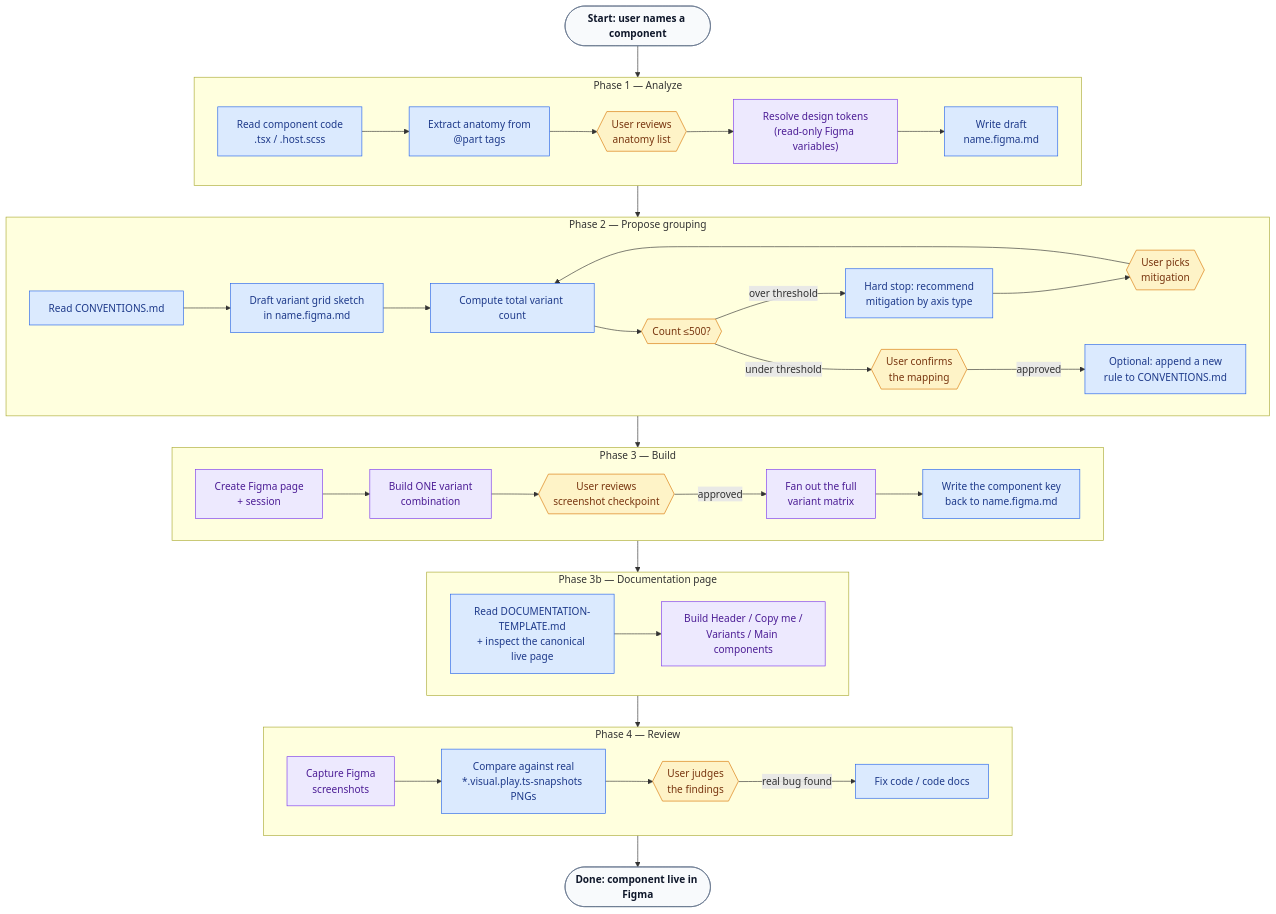
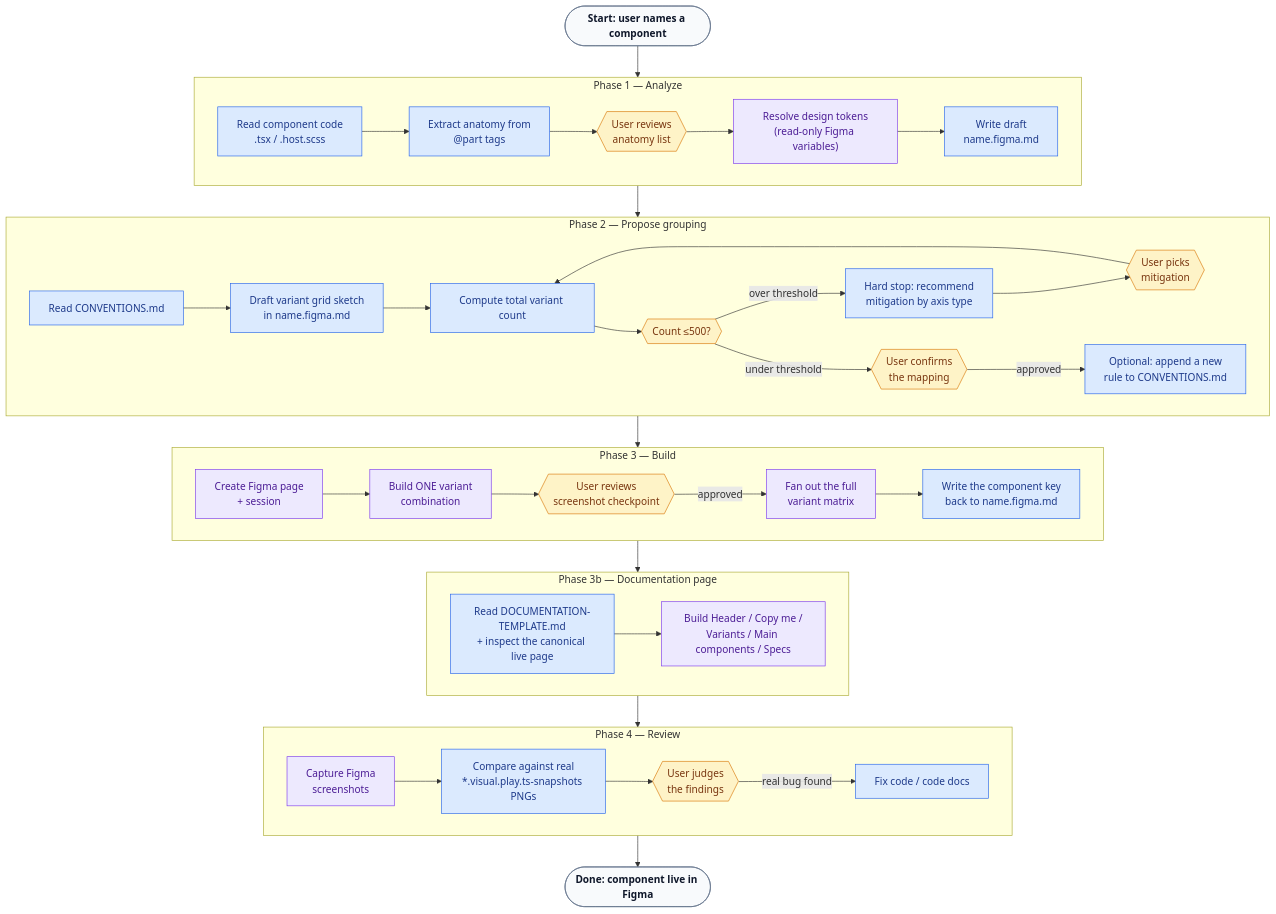
Before and after one commit to helvetia-design/system: the diagram in .claude/skills/ds-figma-component/SKILL.md, drawn with Mermaid. The commit also changed other lines of this file and 6 other files, not shown here.

Commit message:
add close and tag figma mappings, specs section and learned rules

````diff
--- a/.claude/skills/ds-figma-component/SKILL.md
+++ b/.claude/skills/ds-figma-component/SKILL.md
@@ -25,59 +25,59 @@
 ```mermaid
 flowchart TD
     classDef code fill:#dbeafe,stroke:#2563eb,color:#1e3a8a
     classDef figma fill:#ede9fe,stroke:#7c3aed,color:#4c1d95
     classDef human fill:#fef3c7,stroke:#d97706,color:#78350f
     classDef phase fill:#f8fafc,stroke:#64748b,color:#0f172a,font-weight:bold
 
     Start(["Start: user names a component"]):::phase --> P1G
 
     subgraph P1G["Phase 1 — Analyze"]
         direction LR
         P1a["Read component code<br/>.tsx / .host.scss"]:::code --> P1anat["Extract anatomy from<br/>@part tags"]:::code
         P1anat --> P1anatC{{"User reviews<br/>anatomy list"}}:::human
         P1anatC --> P1b["Resolve design tokens<br/>(read-only Figma variables)"]:::figma
         P1b --> P1c["Write draft<br/>name.figma.md"]:::code
     end
 
     P1G --> P2G
 
     subgraph P2G["Phase 2 — Propose grouping"]
         direction LR
         P2a["Read CONVENTIONS.md"]:::code --> P2b["Draft variant grid sketch<br/>in name.figma.md"]:::code
         P2b --> P2v["Compute total variant count"]:::code
         P2v --> P2check{{"Count ≤500?"}}:::human
         P2check -->|over threshold| P2w["Hard stop: recommend<br/>mitigation by axis type"]:::code
         P2w --> P2x{{"User picks<br/>mitigation"}}:::human
         P2x --> P2v
         P2check -->|under threshold| P2c{{"User confirms<br/>the mapping"}}:::human
         P2c -->|approved| P2d["Optional: append a new<br/>rule to CONVENTIONS.md"]:::code
     end
 
     P2G --> P3G
 
     subgraph P3G["Phase 3 — Build"]
         direction LR
         P3a["Create Figma page<br/>+ session"]:::figma --> P3b["Build ONE variant<br/>combination"]:::figma
         P3b --> P3c{{"User reviews<br/>screenshot checkpoint"}}:::human
         P3c -->|approved| P3d["Fan out the full<br/>variant matrix"]:::figma
         P3d --> P3e["Write the component key<br/>back to name.figma.md"]:::code
     end
 
     P3G --> P3bG
 
     subgraph P3bG["Phase 3b — Documentation page"]
         direction LR
-        P3ba["Read DOCUMENTATION-TEMPLATE.md<br/>+ inspect the canonical live page"]:::code --> P3bb["Build Header / Copy me /<br/>Variants / Main components"]:::figma
+        P3ba["Read DOCUMENTATION-TEMPLATE.md<br/>+ inspect the canonical live page"]:::code --> P3bb["Build Header / Copy me /<br/>Variants / Main components / Specs"]:::figma
     end
 
     P3bG --> P4G
 
     subgraph P4G["Phase 4 — Review"]
         direction LR
         P4a["Capture Figma<br/>screenshots"]:::figma --> P4b["Compare against real<br/>*.visual.play.ts-snapshots PNGs"]:::code
         P4b --> P4c{{"User judges<br/>the findings"}}:::human
         P4c -->|real bug found| P4d["Fix code / code docs"]:::code
     end
 
     P4G --> Done(["Done: component live in Figma"]):::phase
 ```
````
